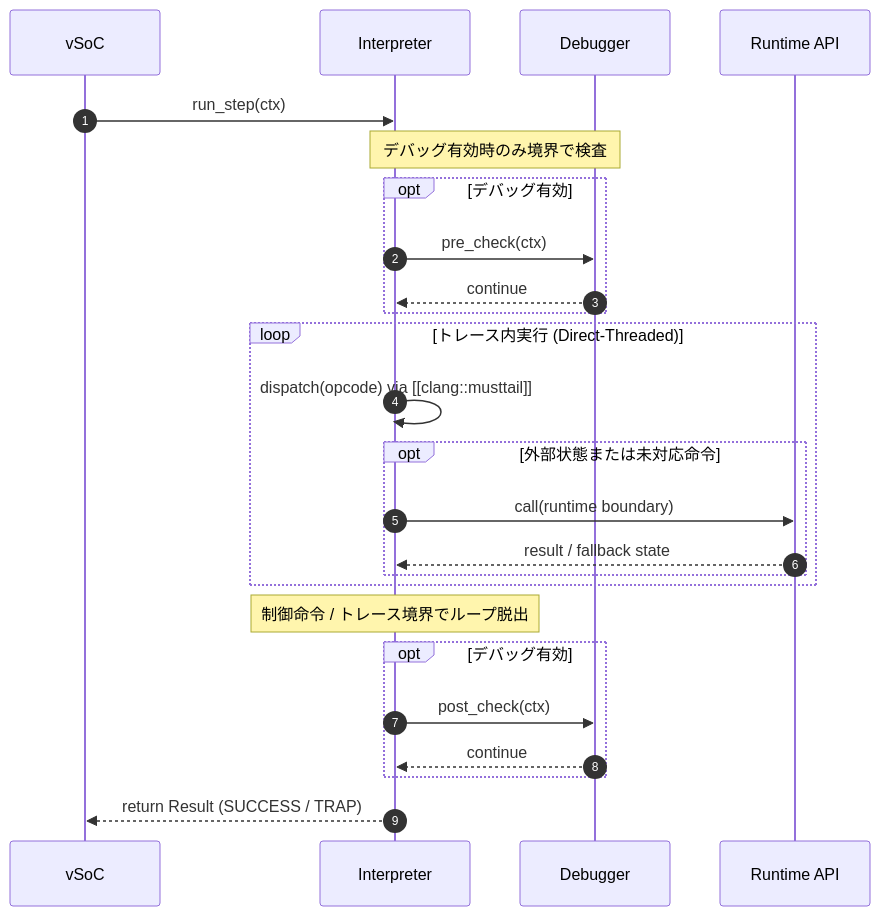
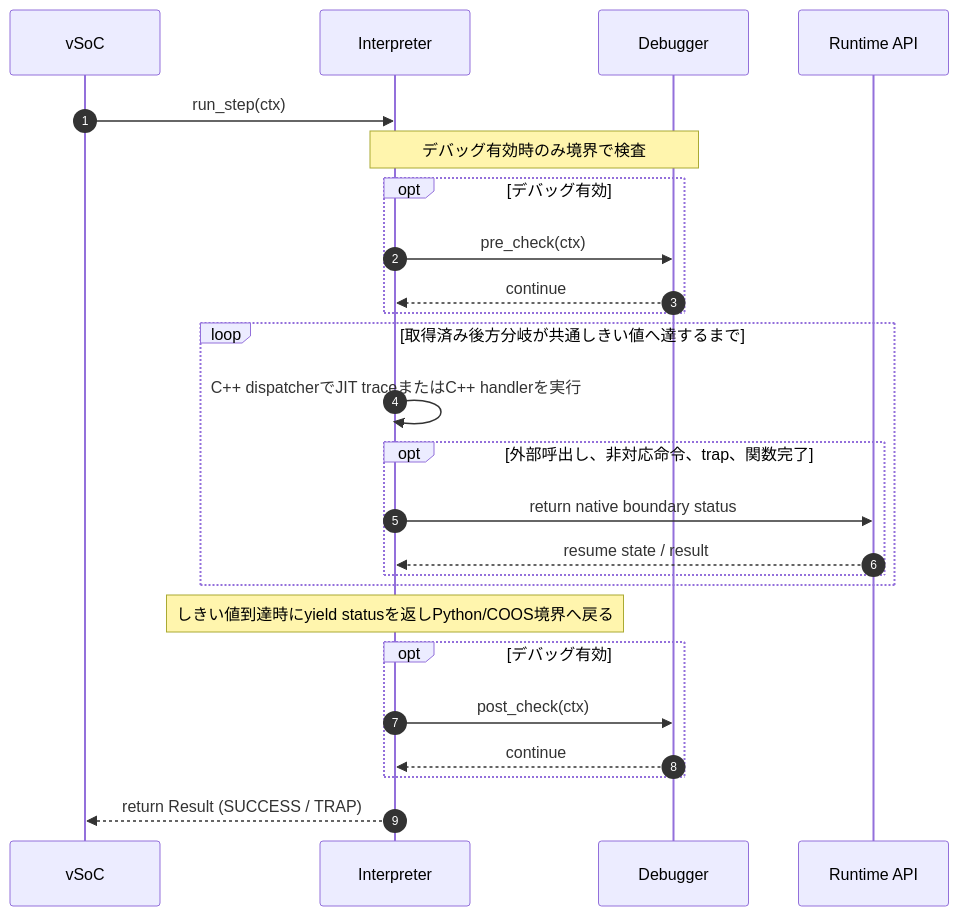
One commit to kmt-t/fireball changed the fourth of 4 diagrams in docs/components/tier3_executer/interpreter.md. Above: the diagram before and after it, drawn with Mermaid. The commit also changed other lines of this file and 205 other files, not shown here.

````diff
--- a/docs/components/tier3_executer/interpreter.md
+++ b/docs/components/tier3_executer/interpreter.md
@@ -347,28 +343,28 @@
 ```mermaid
 sequenceDiagram
     autonumber
     participant V as vSoC
     participant I as Interpreter
     participant D as Debugger
     participant R as Runtime API
 
     V->>I: run_step(ctx)
     Note over I,D: デバッグ有効時のみ境界で検査
     opt デバッグ有効
         I->>D: pre_check(ctx)
         D-->>I: continue
     end
-    loop トレース内実行 (Direct-Threaded)
-        I->>I: dispatch(opcode) via [[clang::musttail]]
-        opt 外部状態または未対応命令
-            I->>R: call(runtime boundary)
-            R-->>I: result / fallback state
+    loop 取得済み後方分岐が共通しきい値へ達するまで
+        I->>I: C++ dispatcherでJIT traceまたはC++ handlerを実行
+        opt 外部呼出し、非対応命令、trap、関数完了
+            I->>R: return native boundary status
+            R-->>I: resume state / result
         end
     end
-    Note over I: 制御命令 / トレース境界でループ脱出
+    Note over I: しきい値到達時にyield statusを返しPython/COOS境界へ戻る
     opt デバッグ有効
         I->>D: post_check(ctx)
         D-->>I: continue
     end
     I-->>V: return Result (SUCCESS / TRAP)
 ```
````
